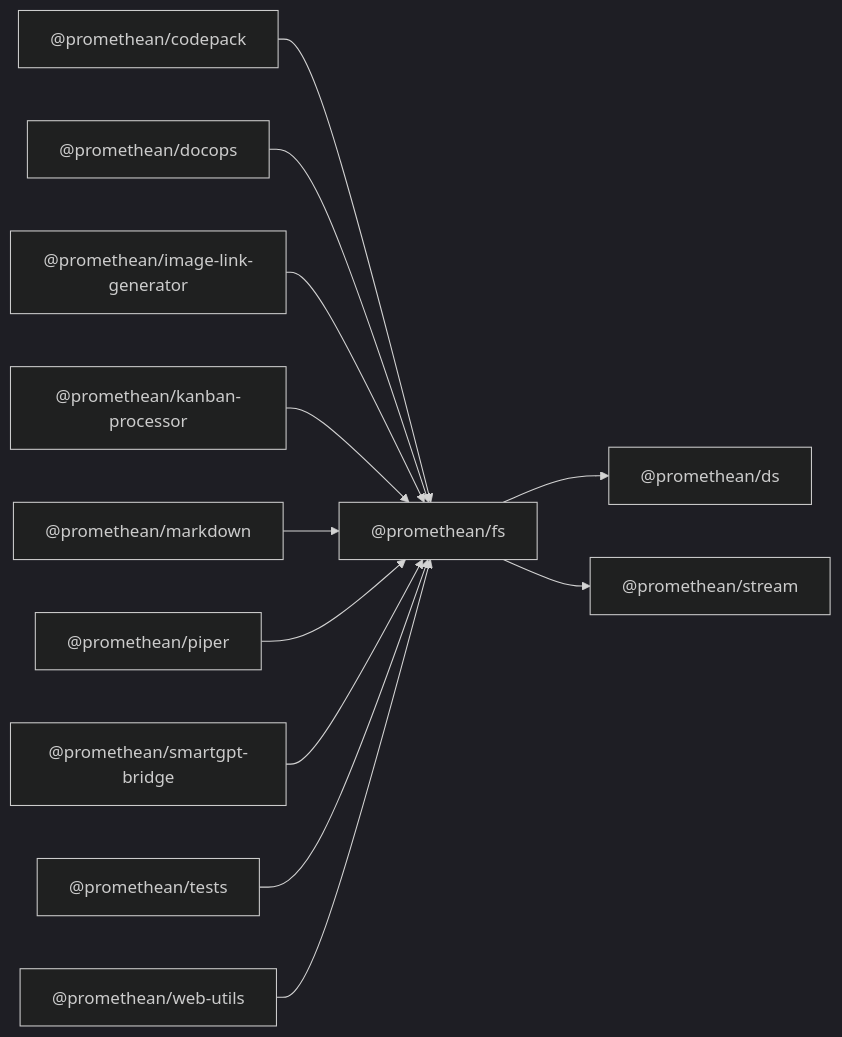
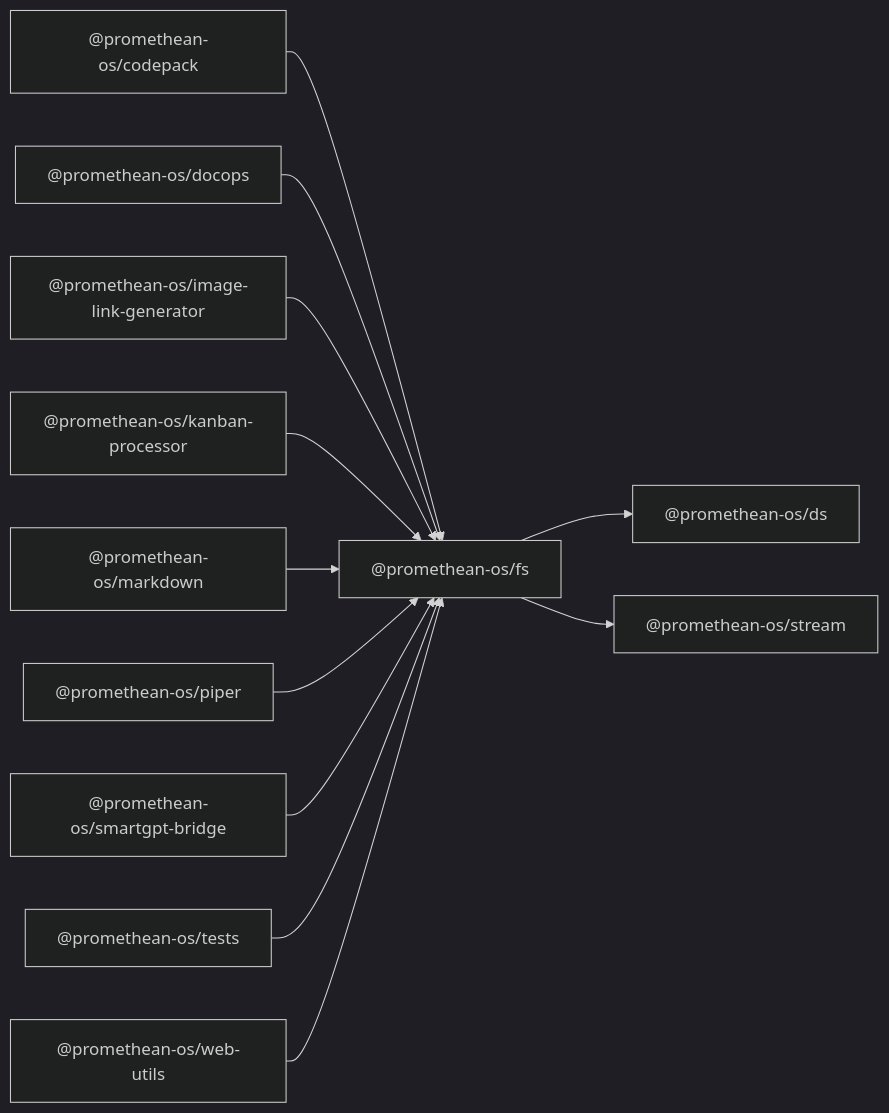
One commit to octave-commons/promethean changed the diagram in docs/packages/fs/README.md. Above: the diagram before and after it, drawn with Mermaid (dark theme). The commit also changed other lines of this file and 1753 other files, not shown here.

````diff
--- a/docs/packages/fs/README.md
+++ b/docs/packages/fs/README.md
@@ -14,37 +14,37 @@
 ```mermaid
 graph LR
-  A["@promethean/fs"]
-  D1["@promethean/ds"]
-  D2["@promethean/stream"]
-  R1["@promethean/codepack"]
-  R2["@promethean/docops"]
-  R3["@promethean/image-link-generator"]
-  R4["@promethean/kanban-processor"]
-  R5["@promethean/markdown"]
-  R6["@promethean/piper"]
-  R7["@promethean/smartgpt-bridge"]
-  R8["@promethean/tests"]
-  R9["@promethean/web-utils"]
-  A --> D1["@promethean/ds"]
-  A --> D2["@promethean/stream"]
-  R1["@promethean/codepack"] --> A
-  R2["@promethean/docops"] --> A
-  R3["@promethean/image-link-generator"] --> A
-  R4["@promethean/kanban-processor"] --> A
-  R5["@promethean/markdown"] --> A
-  R6["@promethean/piper"] --> A
-  R7["@promethean/smartgpt-bridge"] --> A
-  R8["@promethean/tests"] --> A
-  R9["@promethean/web-utils"] --> A
-  click D1 "../ds/README.md" "@promethean/ds"
-  click D2 "../stream/README.md" "@promethean/stream"
-  click R1 "../codepack/README.md" "@promethean/codepack"
-  click R2 "../docops/README.md" "@promethean/docops"
-  click R3 "../image-link-generator/README.md" "@promethean/image-link-generator"
-  click R4 "../kanban-processor/README.md" "@promethean/kanban-processor"
-  click R5 "../markdown/README.md" "@promethean/markdown"
-  click R6 "../piper/README.md" "@promethean/piper"
-  click R7 "../smartgpt-bridge/README.md" "@promethean/smartgpt-bridge"
-  click R8 "../tests/README.md" "@promethean/tests"
-  click R9 "../web-utils/README.md" "@promethean/web-utils"
+  A["@promethean-os/fs"]
+  D1["@promethean-os/ds"]
+  D2["@promethean-os/stream"]
+  R1["@promethean-os/codepack"]
+  R2["@promethean-os/docops"]
+  R3["@promethean-os/image-link-generator"]
+  R4["@promethean-os/kanban-processor"]
+  R5["@promethean-os/markdown"]
+  R6["@promethean-os/piper"]
+  R7["@promethean-os/smartgpt-bridge"]
+  R8["@promethean-os/tests"]
+  R9["@promethean-os/web-utils"]
+  A --> D1["@promethean-os/ds"]
+  A --> D2["@promethean-os/stream"]
+  R1["@promethean-os/codepack"] --> A
+  R2["@promethean-os/docops"] --> A
+  R3["@promethean-os/image-link-generator"] --> A
+  R4["@promethean-os/kanban-processor"] --> A
+  R5["@promethean-os/markdown"] --> A
+  R6["@promethean-os/piper"] --> A
+  R7["@promethean-os/smartgpt-bridge"] --> A
+  R8["@promethean-os/tests"] --> A
+  R9["@promethean-os/web-utils"] --> A
+  click D1 "../ds/README.md" "@promethean-os/ds"
+  click D2 "../stream/README.md" "@promethean-os/stream"
+  click R1 "../codepack/README.md" "@promethean-os/codepack"
+  click R2 "../docops/README.md" "@promethean-os/docops"
+  click R3 "../image-link-generator/README.md" "@promethean-os/image-link-generator"
+  click R4 "../kanban-processor/README.md" "@promethean-os/kanban-processor"
+  click R5 "../markdown/README.md" "@promethean-os/markdown"
+  click R6 "../piper/README.md" "@promethean-os/piper"
+  click R7 "../smartgpt-bridge/README.md" "@promethean-os/smartgpt-bridge"
+  click R8 "../tests/README.md" "@promethean-os/tests"
+  click R9 "../web-utils/README.md" "@promethean-os/web-utils"
 ```
````
